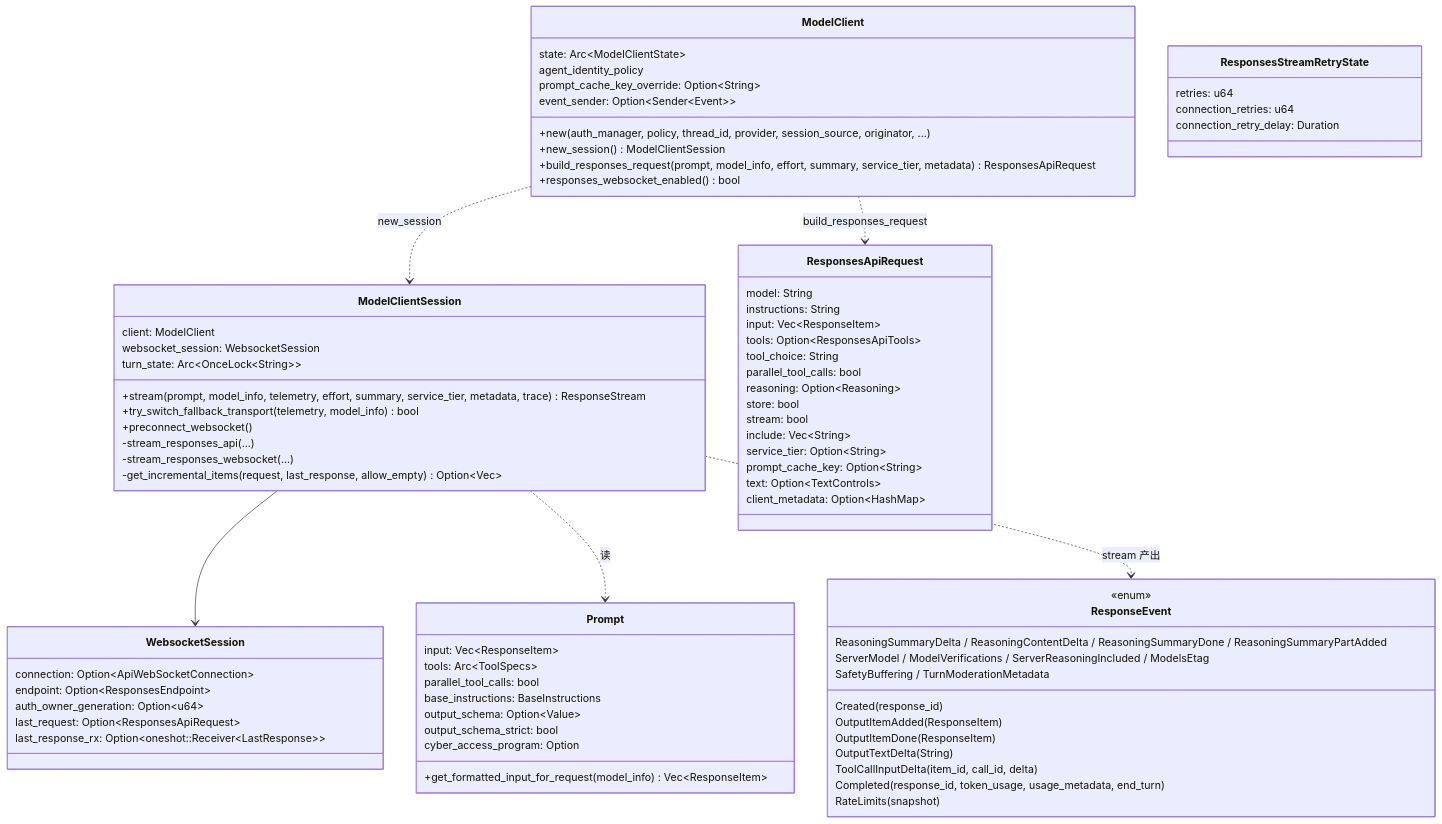
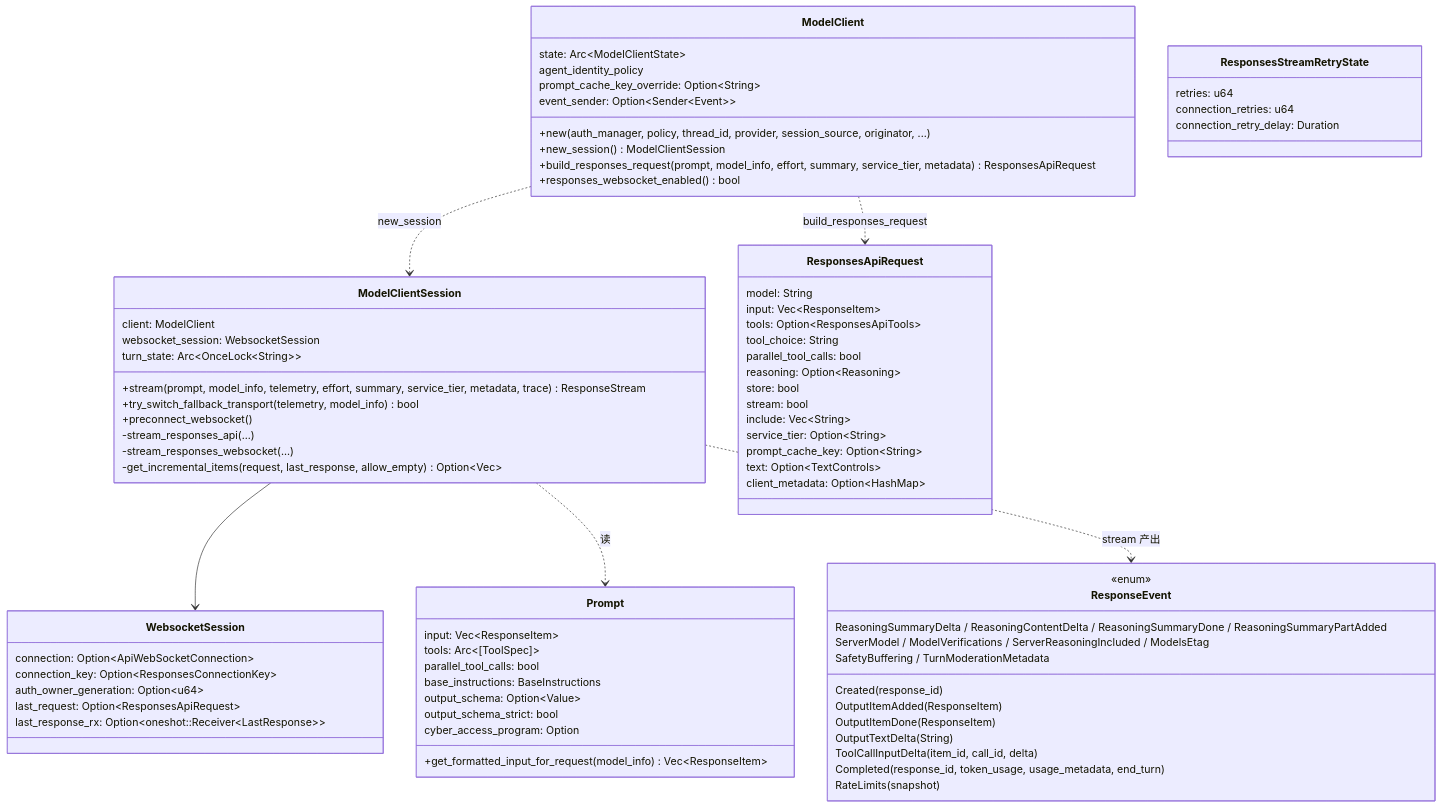
One commit to nickqiaoo/nickqiaoo.github.io changed diagram 19 of 32 in src/content/post/agents-codex/index.md. Above: the diagram before and after it, drawn with Mermaid. The commit also changed other lines of this file and 1 other file, not shown here.

````diff
--- a/src/content/post/agents-codex/index.md
+++ b/src/content/post/agents-codex/index.md
@@ -1240,80 +1246,79 @@
 ```mermaid
 classDiagram
   class ModelClient {
     state: Arc~ModelClientState~
     agent_identity_policy
     prompt_cache_key_override: Option~String~
     event_sender: Option~Sender~Event~~
     +new(auth_manager, policy, thread_id, provider, session_source, originator, ...)
     +new_session() ModelClientSession
     +build_responses_request(prompt, model_info, effort, summary, service_tier, metadata) ResponsesApiRequest
     +responses_websocket_enabled() bool
   }
   class ModelClientSession {
     client: ModelClient
     websocket_session: WebsocketSession
     turn_state: Arc~OnceLock~String~~
     +stream(prompt, model_info, telemetry, effort, summary, service_tier, metadata, trace) ResponseStream
     +try_switch_fallback_transport(telemetry, model_info) bool
     +preconnect_websocket()
     -stream_responses_api(...)
     -stream_responses_websocket(...)
     -get_incremental_items(request, last_response, allow_empty) Option~Vec~
   }
   class WebsocketSession {
     connection: Option~ApiWebSocketConnection~
-    endpoint: Option~ResponsesEndpoint~
+    connection_key: Option~ResponsesConnectionKey~
     auth_owner_generation: Option~u64~
     last_request: Option~ResponsesApiRequest~
     last_response_rx: Option~oneshot::Receiver~LastResponse~~
   }
   class Prompt {
     input: Vec~ResponseItem~
-    tools: Arc~ToolSpecs~
+    tools: Arc~[ToolSpec]~
     parallel_tool_calls: bool
     base_instructions: BaseInstructions
     output_schema: Option~Value~
     output_schema_strict: bool
     cyber_access_program: Option
     +get_formatted_input_for_request(model_info) Vec~ResponseItem~
   }
   class ResponsesApiRequest {
     model: String
-    instructions: String
     input: Vec~ResponseItem~
     tools: Option~ResponsesApiTools~
     tool_choice: String
     parallel_tool_calls: bool
     reasoning: Option~Reasoning~
     store: bool
     stream: bool
     include: Vec~String~
     service_tier: Option~String~
     prompt_cache_key: Option~String~
     text: Option~TextControls~
     client_metadata: Option~HashMap~
   }
   class ResponseEvent {
     <<enum>>
     Created(response_id)
     OutputItemAdded(ResponseItem)
     OutputItemDone(ResponseItem)
     OutputTextDelta(String)
     ToolCallInputDelta(item_id, call_id, delta)
     ReasoningSummaryDelta / ReasoningContentDelta / ReasoningSummaryDone / ReasoningSummaryPartAdded
     Completed(response_id, token_usage, usage_metadata, end_turn)
     RateLimits(snapshot)
     ServerModel / ModelVerifications / ServerReasoningIncluded / ModelsEtag
     SafetyBuffering / TurnModerationMetadata
   }
   class ResponsesStreamRetryState {
     retries: u64
     connection_retries: u64
     connection_retry_delay: Duration
   }
   ModelClient ..> ModelClientSession : new_session
   ModelClientSession --> WebsocketSession
   ModelClientSession ..> Prompt : 读
   ModelClient ..> ResponsesApiRequest : build_responses_request
   ModelClientSession ..> ResponseEvent : stream 产出
 ```
````
